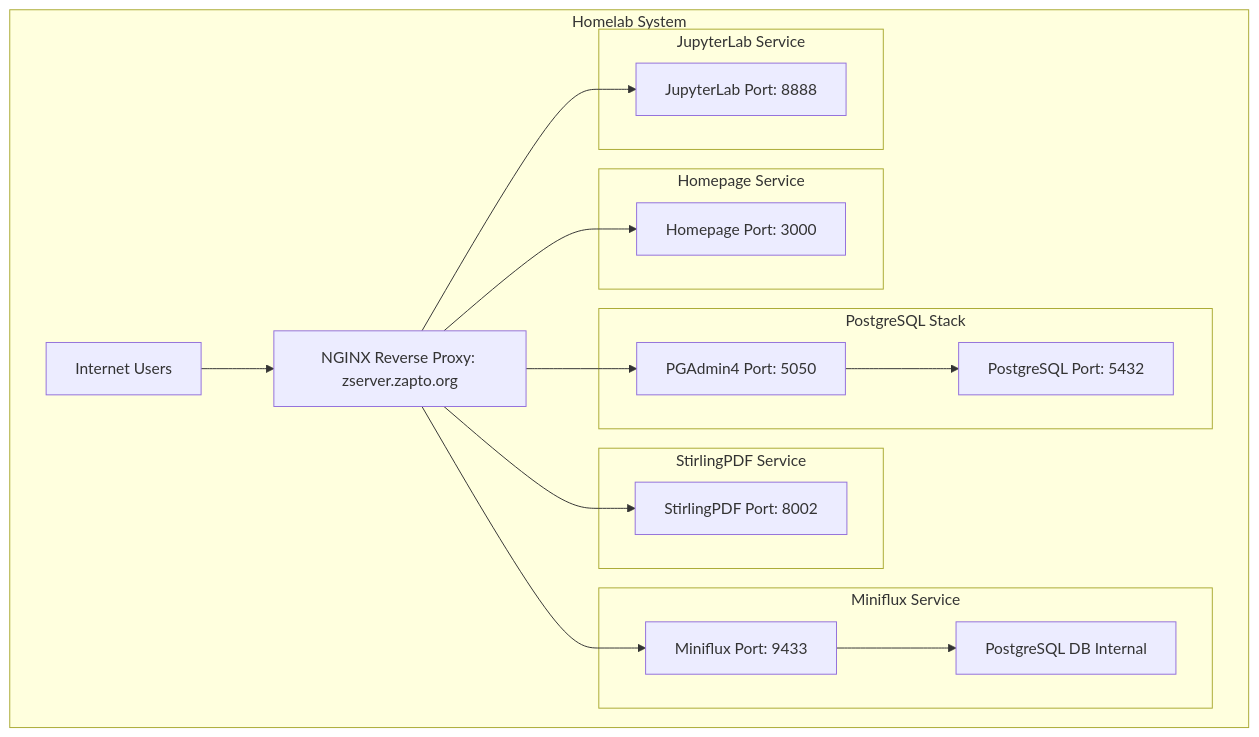
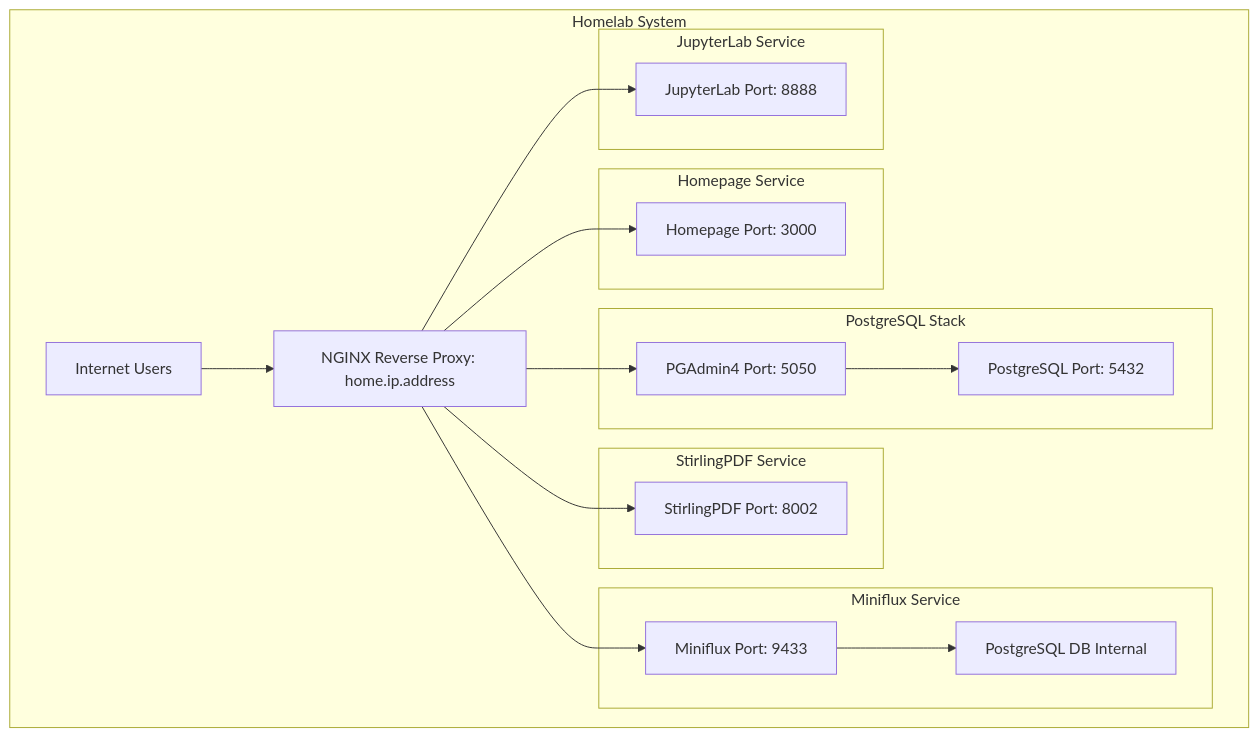
One commit to zainezq/web-port changed the diagram in src/assets/projects/home-lab.md. Above: the diagram before and after it, drawn with Mermaid.

Commit message:
Removal of sensitive info

````diff
--- a/src/assets/projects/home-lab.md
+++ b/src/assets/projects/home-lab.md
@@ -18,55 +18,55 @@
 ```mermaid
 graph TD
     %% Layout direction
     classDef titleBox fill:#f0f0f0,stroke:#333,stroke-width:2px,font-weight:bold
     classDef groupBox fill:#fff,stroke:#bbb,stroke-dasharray: 5 5
 
     %% Outer wrapper
     subgraph HOMELAB_SYSTEM["Homelab System"]
         class HOMELAB_SYSTEM titleBox
 
         internet[Internet Users]
-        nginx[NGINX Reverse Proxy: zserver.zapto.org]
+        nginx[NGINX Reverse Proxy: home.ip.address]
 
         %% Internet Flow
         internet --> nginx
 
         %% NGINX Routing
         nginx --> homepage
         nginx --> pgadmin
         nginx --> stirlingpdf
         nginx --> miniflux
         nginx --> jupyter
 
         %% Docker Subsystems
         subgraph Homepage_Stack["Homepage Service"]
             class Homepage_Stack groupBox
             homepage[Homepage Port: 3000]
         end
 
         subgraph PostgreSQL_Stack["PostgreSQL Stack"]
             class PostgreSQL_Stack groupBox
             postgres[PostgreSQL Port: 5432]
             pgadmin[PGAdmin4 Port: 5050]
             pgadmin --> postgres
         end
 
         subgraph StirlingPDF_Stack["StirlingPDF Service"]
             class StirlingPDF_Stack groupBox
             stirlingpdf[StirlingPDF Port: 8002]
         end
 
         subgraph Miniflux_Stack["Miniflux Service"]
             class Miniflux_Stack groupBox
             miniflux[Miniflux Port: 9433]
             miniflux_db[PostgreSQL DB Internal]
             miniflux --> miniflux_db
         end
 
         subgraph Jupyter_Stack["JupyterLab Service"]
             class Jupyter_Stack groupBox
             jupyter[JupyterLab Port: 8888]
         end
     end
 
 ```
````
